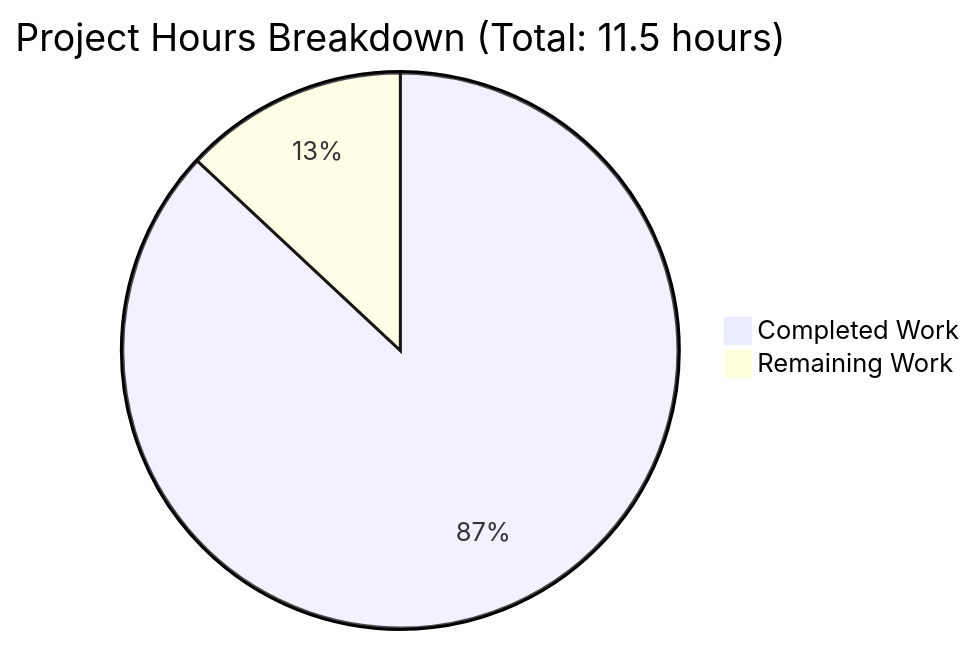
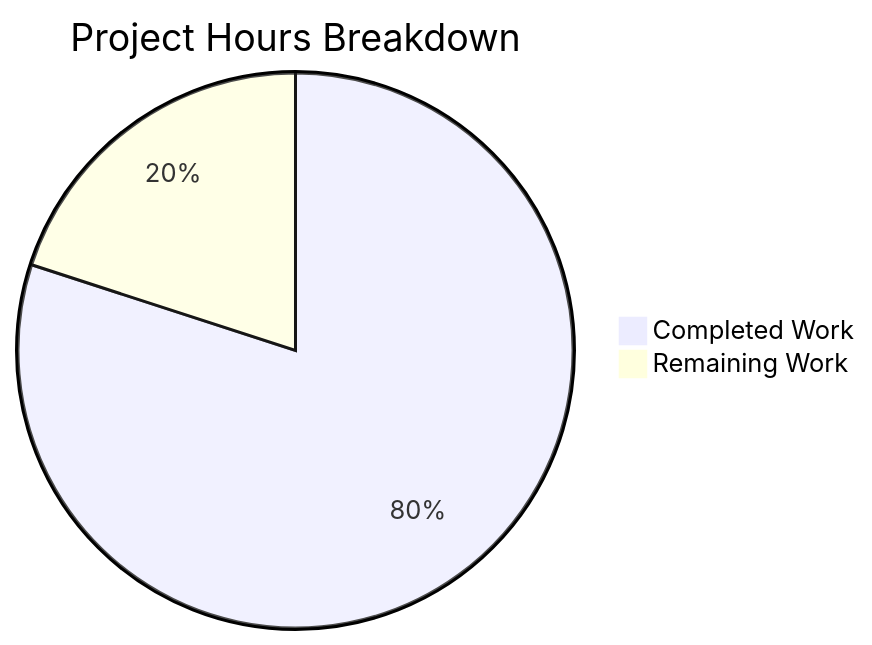
Before and after one commit to sudhanshu-spec/test-spec: the second of 2 diagrams in blitzy/documentation/Project Guide.md, drawn with Mermaid. The commit also changed other lines of this file, not shown here.

Commit message:
Adding Blitzy Project Guide: Project Status and Human Tasks Remaining

````diff
--- a/blitzy/documentation/Project Guide.md
+++ b/blitzy/documentation/Project Guide.md
@@ -166,5 +176,5 @@
 ```mermaid
-pie title Project Hours Breakdown (Total: 11.5 hours)
-    "Completed Work" : 10
+pie title Project Hours Breakdown
+    "Completed Work" : 6
     "Remaining Work" : 1.5
 ```
````
